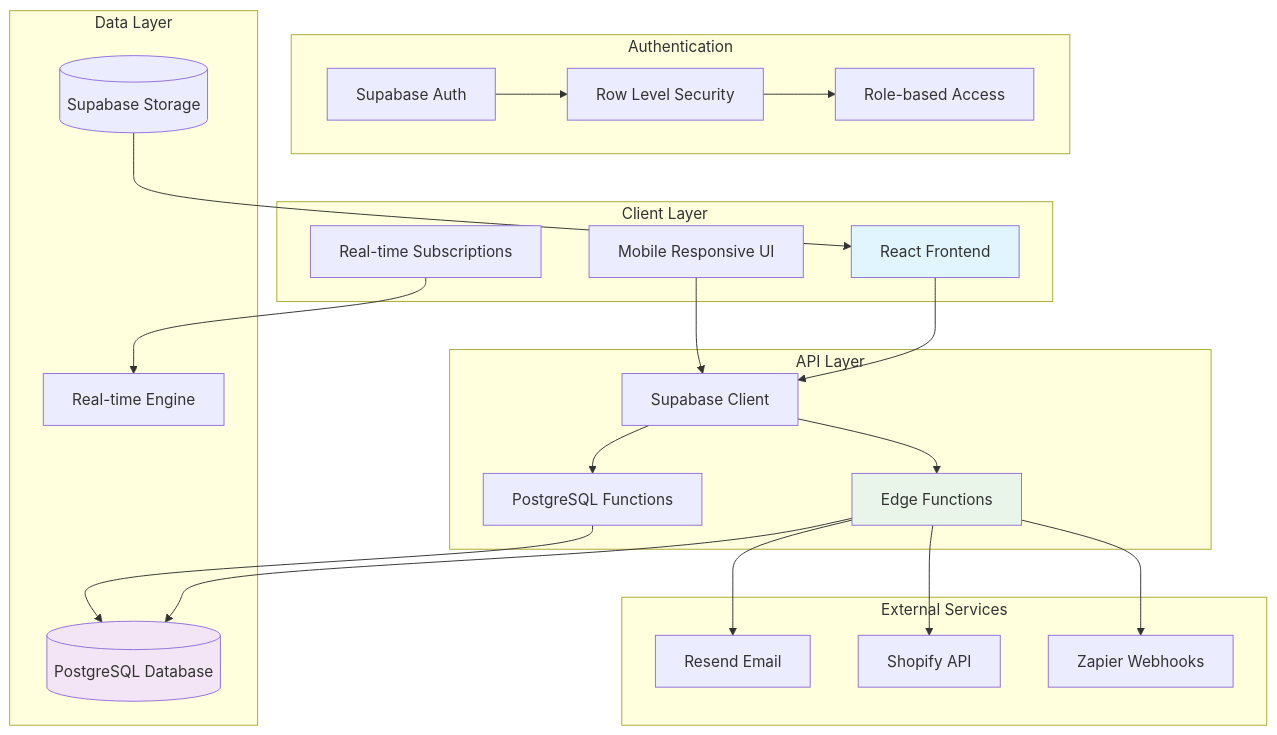
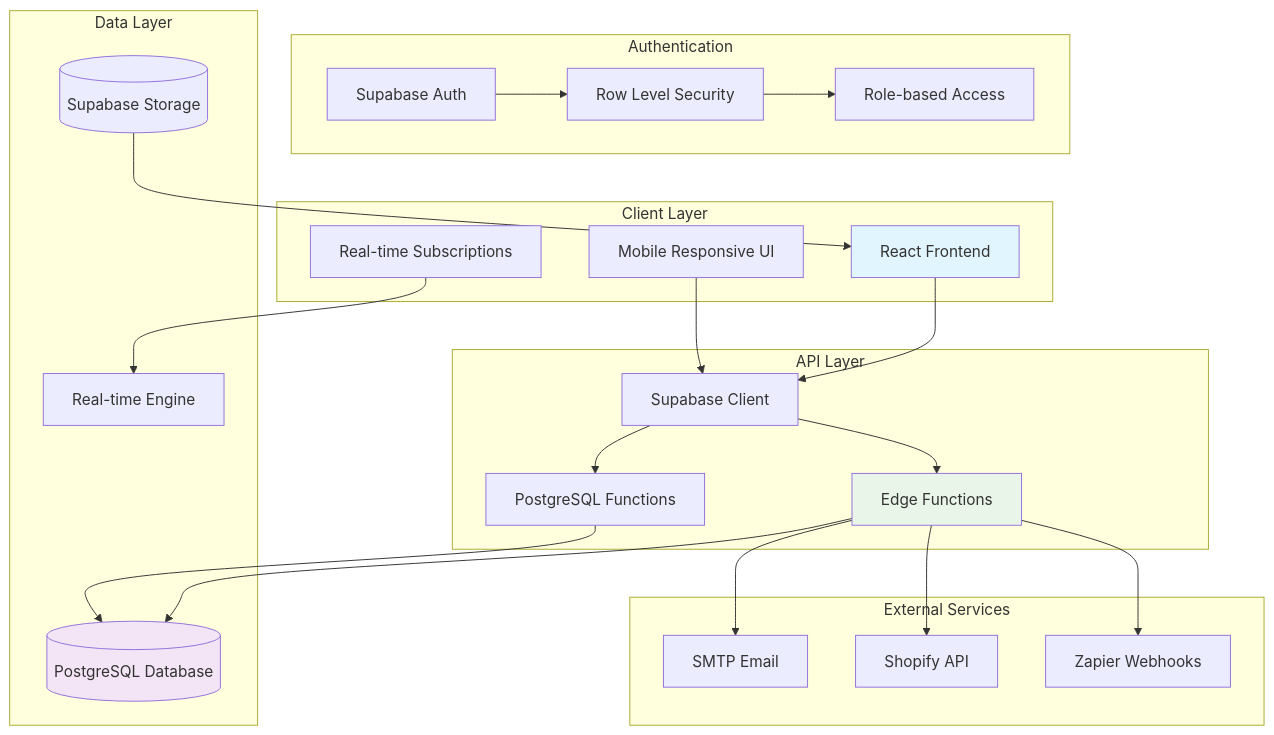
Before and after one commit to umar123123222/GrowthOs---Original: the first of 6 diagrams in docs/architecture.md, drawn with Mermaid. The commit also changed other lines of this file and 12 other files, not shown here.

````diff
--- a/docs/architecture.md
+++ b/docs/architecture.md
@@ -7,50 +7,50 @@
 ```mermaid
 graph TB
     subgraph "Client Layer"
         A[React Frontend]
         B[Mobile Responsive UI]
         C[Real-time Subscriptions]
     end
     
     subgraph "Authentication"
         D[Supabase Auth]
         E[Row Level Security]
         F[Role-based Access]
     end
     
     subgraph "API Layer"
         G[Supabase Client]
         H[Edge Functions]
         I[PostgreSQL Functions]
     end
     
     subgraph "Data Layer"
         J[(PostgreSQL Database)]
         K[(Supabase Storage)]
         L[Real-time Engine]
     end
     
     subgraph "External Services"
-        M[Resend Email]
+        M[SMTP Email]
         N[Shopify API]
         O[Zapier Webhooks]
     end
     
     A --> G
     B --> G
     C --> L
     D --> E
     E --> F
     G --> H
     G --> I
     H --> J
     I --> J
     K --> A
     H --> M
     H --> N
     H --> O
     
     style A fill:#e1f5fe
     style J fill:#f3e5f5
     style H fill:#e8f5e8
 ```
````
